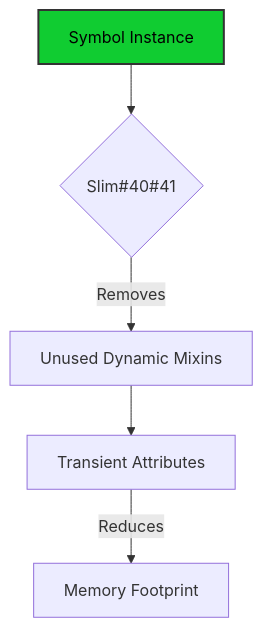
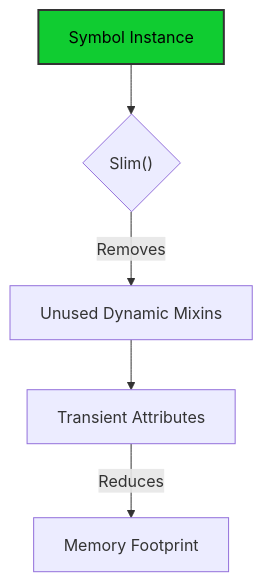
Before and after one commit to ikko/sym: the second of 5 diagrams in docs/readme_details/6_memory_aware_maturing/index.md, drawn with Mermaid. The commit also changed other lines of this file and 17 other files, not shown here.

````diff
--- a/docs/readme_details/6_memory_aware_maturing/index.md
+++ b/docs/readme_details/6_memory_aware_maturing/index.md
@@ -24,11 +24,11 @@
     ```mermaid
 graph TD
-        A[Symbol Instance] --> B{Slim#40#41};
+        A[Symbol Instance] --> B{Slim#40;#41;};
         B -- "Removes" --> C[Unused Dynamic Mixins];
         C --> D[Transient Attributes];
         D -- "Reduces" --> E[Memory Footprint];
 
     style A fill:#10cc31,stroke:#333,stroke-width:2px,color:#000000;
 
     style A fill:#10cc31,stroke:#333,stroke-width:2px,color:#000000;
 ```
````
